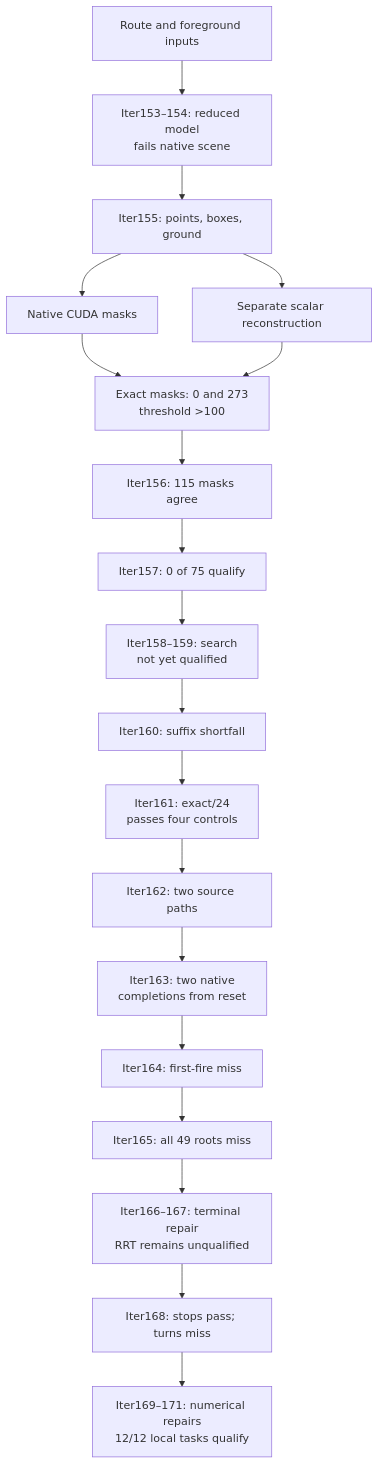
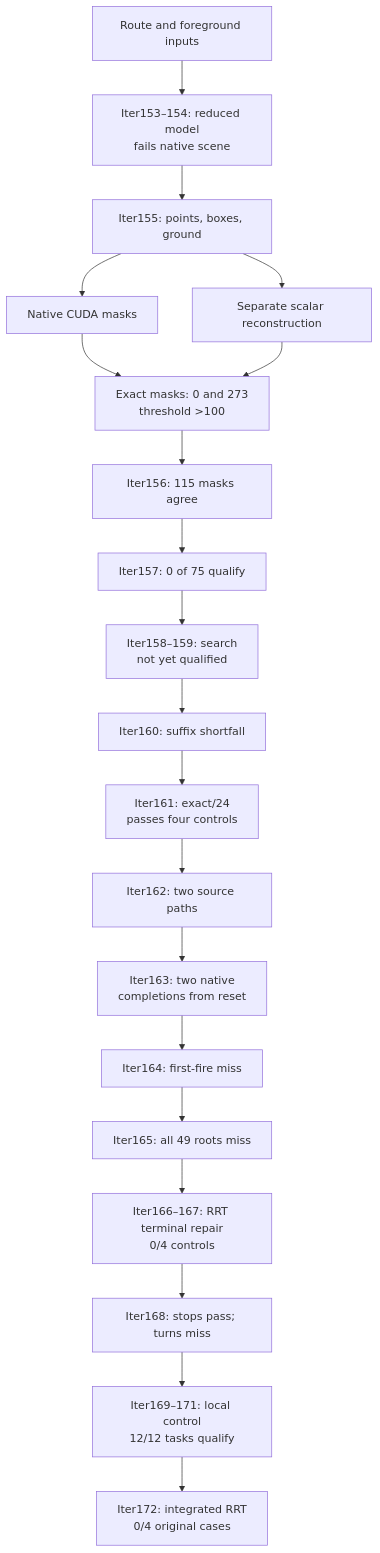
Before and after one commit to manfromnowhere143/sentinel: the fourth of 4 diagrams in docs/ARCHITECTURE.md, drawn with Mermaid. The commit also changed other lines of this file and 15 other files, not shown here.

Commit message:
Publish integrated RRT qualification failure and next controlled experiment

````diff
--- a/docs/ARCHITECTURE.md
+++ b/docs/ARCHITECTURE.md
@@ -209,23 +209,24 @@
 ```mermaid
 flowchart TB
   accTitle: From full-scene constraints to planner qualification
   accDescr: Complete reset paths do not establish first-fire recovery.
   G["Route and foreground inputs"] --> M["Iter153–154: reduced model<br/>fails native scene"]
   M --> X["Iter155: points, boxes, ground"]
   X --> C["Native CUDA masks"]
   X --> S["Separate scalar reconstruction"]
   C --> E["Exact masks: 0 and 273<br/>threshold >100"]
   S --> E
   E --> F["Iter156: 115 masks agree"]
   F --> L["Iter157: 0 of 75 qualify"]
   L --> A["Iter158–159: search<br/>not yet qualified"]
   A --> K["Iter160: suffix shortfall"]
   K --> Z["Iter161: exact/24<br/>passes four controls"]
   Z --> Y["Iter162: two source paths"]
   Y --> V["Iter163: two native<br/>completions from reset"]
   V --> B["Iter164: first-fire miss"]
   B --> D["Iter165: all 49 roots miss"]
-  D --> R["Iter166–167: terminal repair<br/>RRT remains unqualified"]
+  D --> R["Iter166–167: RRT terminal repair<br/>0/4 controls"]
   R --> J["Iter168: stops pass; turns miss"]
-  J --> H["Iter169–171: numerical repairs<br/>12/12 local tasks qualify"]
+  J --> H["Iter169–171: local control<br/>12/12 tasks qualify"]
+  H --> I["Iter172: integrated RRT<br/>0/4 original cases"]
 ```
````
